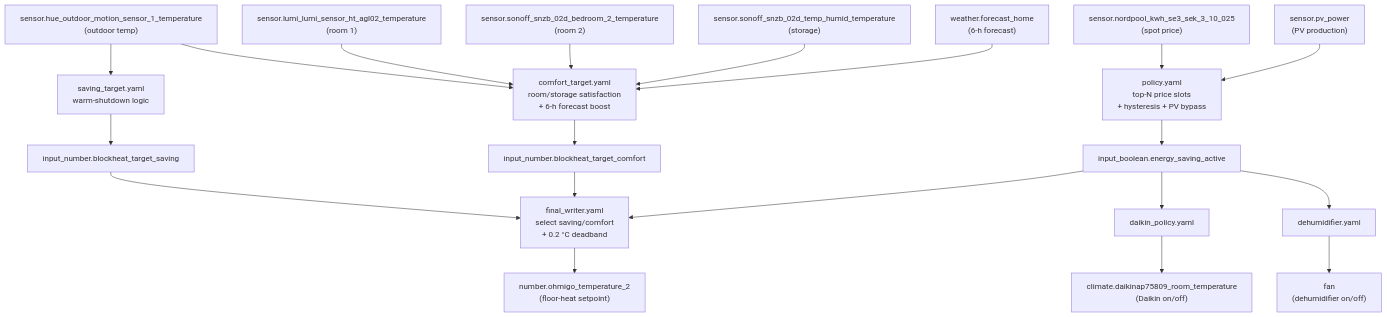
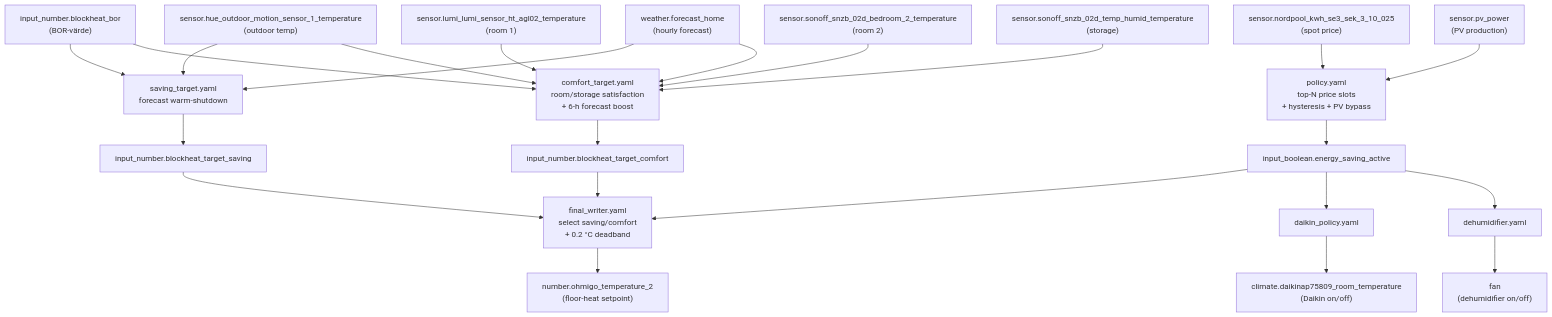
Before and after one commit to ohlsont/home-assistant-blueprints: the diagram in automations/README.md, drawn with Mermaid. The commit also changed other lines of this file and 8 other files, not shown here.

First line of the commit message:
feat: configurable BOR, forecast warm shutdown, mdformat (#40)

````diff
--- a/automations/README.md
+++ b/automations/README.md
@@ -16,37 +16,42 @@
 ```mermaid
 flowchart TD
     nordpool["sensor.nordpool_kwh_se3_sek_3_10_025\n(spot price)"]
     pv["sensor.pv_power\n(PV production)"]
     outdoor["sensor.hue_outdoor_motion_sensor_1_temperature\n(outdoor temp)"]
     room1["sensor.lumi_lumi_sensor_ht_agl02_temperature\n(room 1)"]
     room2["sensor.sonoff_snzb_02d_bedroom_2_temperature\n(room 2)"]
     storage["sensor.sonoff_snzb_02d_temp_humid_temperature\n(storage)"]
-    forecast["weather.forecast_home\n(6-h forecast)"]
+    forecast["weather.forecast_home\n(hourly forecast)"]
 
     nordpool --> policy
     pv --> policy
     policy["policy.yaml\ntop-N price slots\n+ hysteresis + PV bypass"]
 
     policy --> flag["input_boolean.energy_saving_active"]
 
-    outdoor --> saving_target["saving_target.yaml\nwarm-shutdown logic"]
+    bor["input_number.blockheat_bor\n(BOR-värde)"]
+
+    bor --> saving_target
+    outdoor --> saving_target["saving_target.yaml\nforecast warm-shutdown"]
+    forecast --> saving_target
     saving_target --> ib_saving["input_number.blockheat_target_saving"]
 
+    bor --> comfort_target
     outdoor --> comfort_target["comfort_target.yaml\nroom/storage satisfaction\n+ 6-h forecast boost"]
     room1 --> comfort_target
     room2 --> comfort_target
     storage --> comfort_target
     forecast --> comfort_target
     comfort_target --> ib_comfort["input_number.blockheat_target_comfort"]
 
     flag --> final_writer["final_writer.yaml\nselect saving/comfort\n+ 0.2 °C deadband"]
     ib_saving --> final_writer
     ib_comfort --> final_writer
     final_writer --> ohmigo["number.ohmigo_temperature_2\n(floor-heat setpoint)"]
 
     flag --> daikin_policy["daikin_policy.yaml"]
     daikin_policy --> daikin["climate.daikinap75809_room_temperature\n(Daikin on/off)"]
 
     flag --> dehumidifier["dehumidifier.yaml"]
     dehumidifier --> fan["fan\n(dehumidifier on/off)"]
 ```
````
